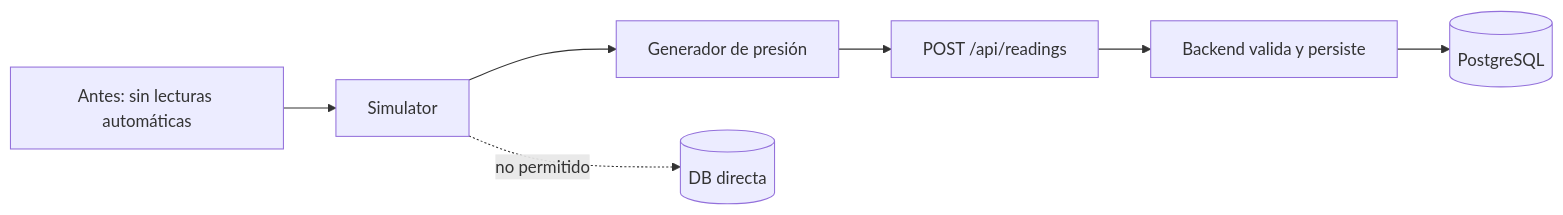
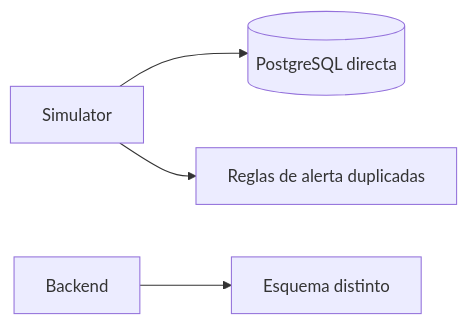
Before and after one commit to Anagamedina/ft_transcendence: the first of 2 diagrams in docs/daruny/06-simulador/03-diagrama.md, drawn with Mermaid. The commit also changed other lines of this file and 42 other files, not shown here.

````diff
--- a/docs/daruny/06-simulador/03-diagrama.md
+++ b/docs/daruny/06-simulador/03-diagrama.md
@@ -3,9 +5,6 @@
 ```mermaid
 flowchart LR
- A[Antes: sin lecturas automáticas] --> B[Simulator]
- B --> C[Generador de presión]
- C --> D[POST /api/readings]
- D --> E[Backend valida y persiste]
- E --> F[(PostgreSQL)]
- B -. no permitido .-> G[(DB directa)]
+ A[Simulator] --> B[(PostgreSQL directa)]
+ A --> C[Reglas de alerta duplicadas]
+ D[Backend] --> E[Esquema distinto]
 ```
````
